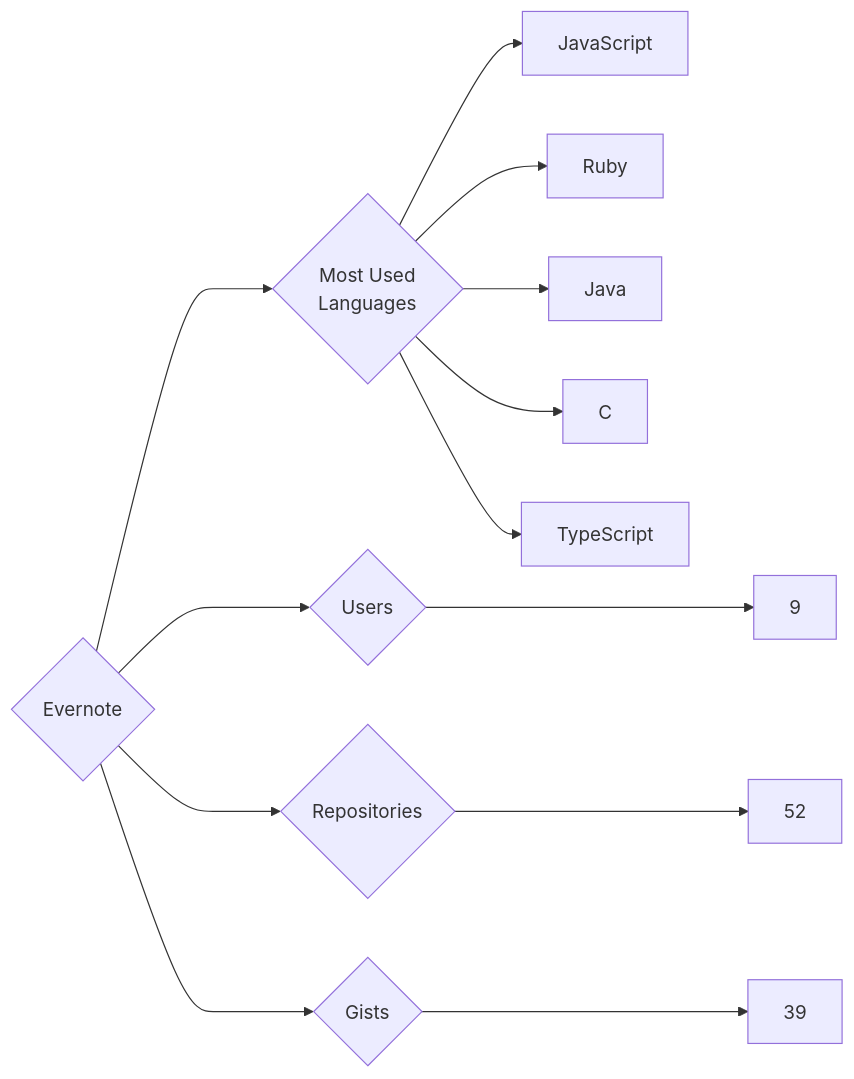
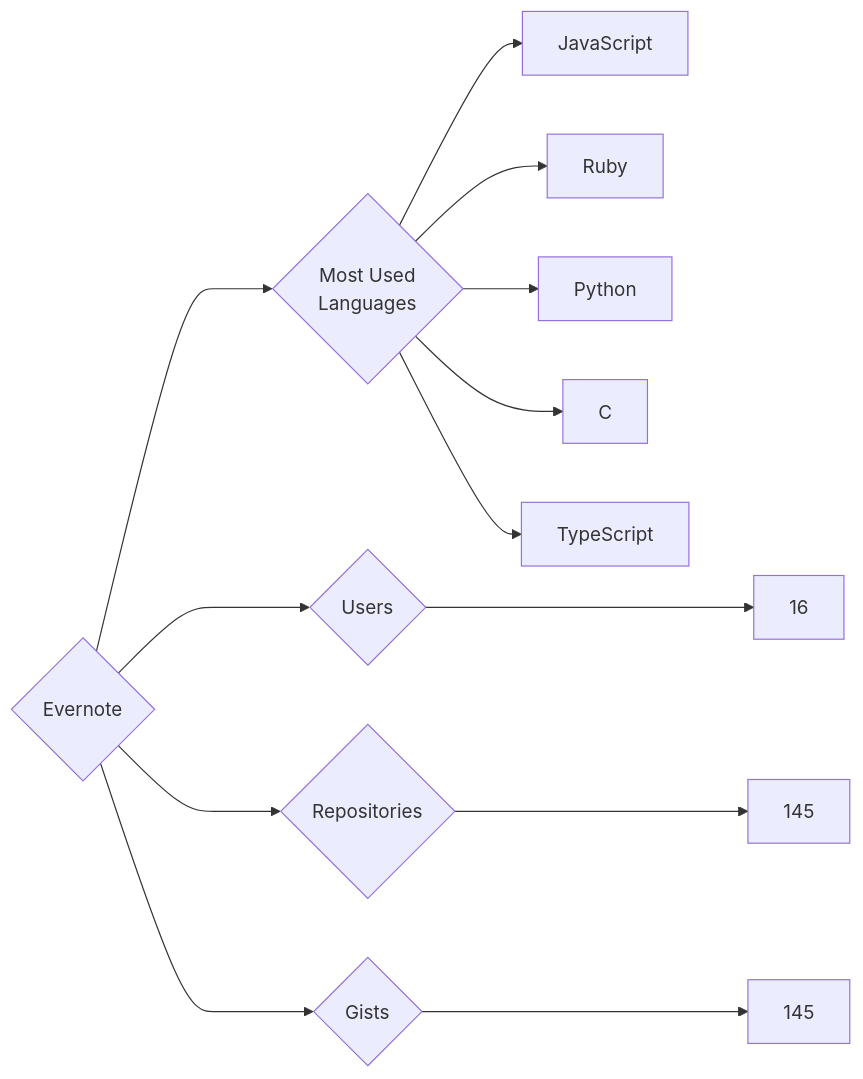
The diagram in targets/Evernote/README.md (trickest/insiders), drawn with Mermaid before and after one commit. The commit also changed 1238 other files, not shown here.

````diff
--- a/targets/Evernote/README.md
+++ b/targets/Evernote/README.md
@@ -3,13 +3,13 @@
 ```mermaid
 graph LR
 COMPANY_NAME{Evernote}
-COMPANY_NAME ---> U{Users} ---> UN[9]
-COMPANY_NAME ---> R{Repositories} ---> RN[52]
-COMPANY_NAME ---> G{Gists} ---> GN[39]
+COMPANY_NAME ---> U{Users} ---> UN[16]
+COMPANY_NAME ---> R{Repositories} ---> RN[145]
+COMPANY_NAME ---> G{Gists} ---> GN[145]
 COMPANY_NAME ---> ML{Most Used<br>Languages}
 ML --> JavaScript[JavaScript]
 ML --> Ruby[Ruby]
-ML --> Java[Java]
+ML --> Python[Python]
 ML --> C[C]
 ML --> TypeScript[TypeScript]
 ```
````
